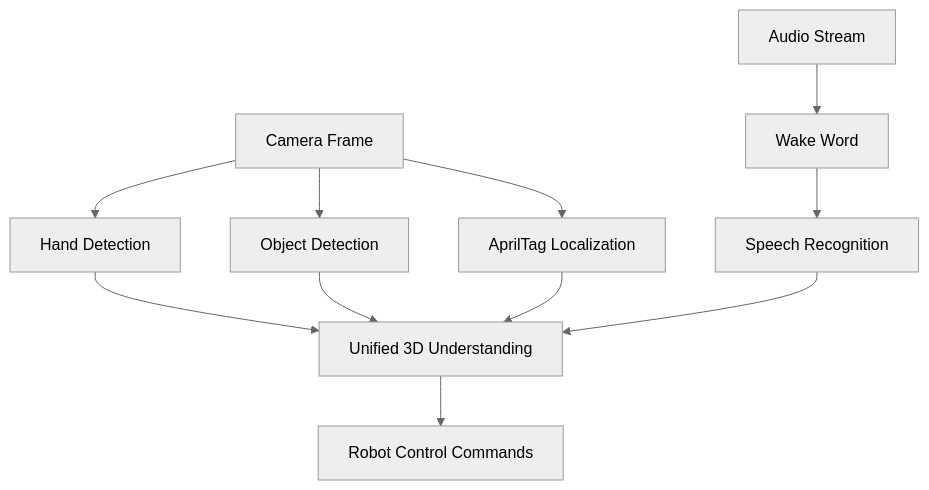
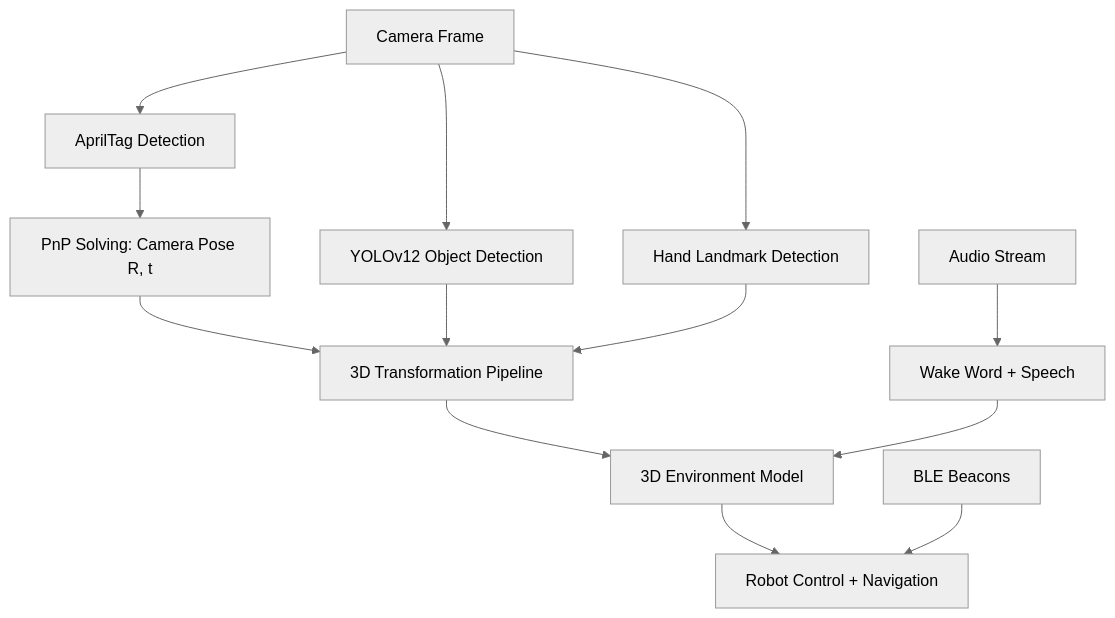
Before and after one commit to indoor-mall-nav/navign: the second of 3 diagrams in presentation/slides.md, drawn with Mermaid (neutral theme). The commit also changed other lines of this file and 1 other file, not shown here.

Commit message:
Fix presentation: emphasize camera pipeline, YOLOv12 transformers, PnP solving

````diff
--- a/presentation/slides.md
+++ b/presentation/slides.md
@@ -243,13 +254,15 @@
 ```mermaid
 graph TB
-    A[Camera Frame] --> B[Hand Detection]
-    A --> C[Object Detection]
-    A --> D[AprilTag Localization]
-    E[Audio Stream] --> F[Wake Word]
-    F --> G[Speech Recognition]
-    B --> H[Unified 3D Understanding]
-    C --> H
-    D --> H
-    G --> H
-    H --> I[Robot Control Commands]
+    A[Camera Frame] --> B[AprilTag Detection]
+    A --> C[YOLOv12 Object Detection]
+    A --> D[Hand Landmark Detection]
+    B --> E[PnP Solving: Camera Pose R, t]
+    E --> F[3D Transformation Pipeline]
+    C --> F
+    D --> F
+    G[Audio Stream] --> H[Wake Word + Speech]
+    F --> I[3D Environment Model]
+    H --> I
+    I --> J[Robot Control + Navigation]
+    K[BLE Beacons] --> J
 ```
````
